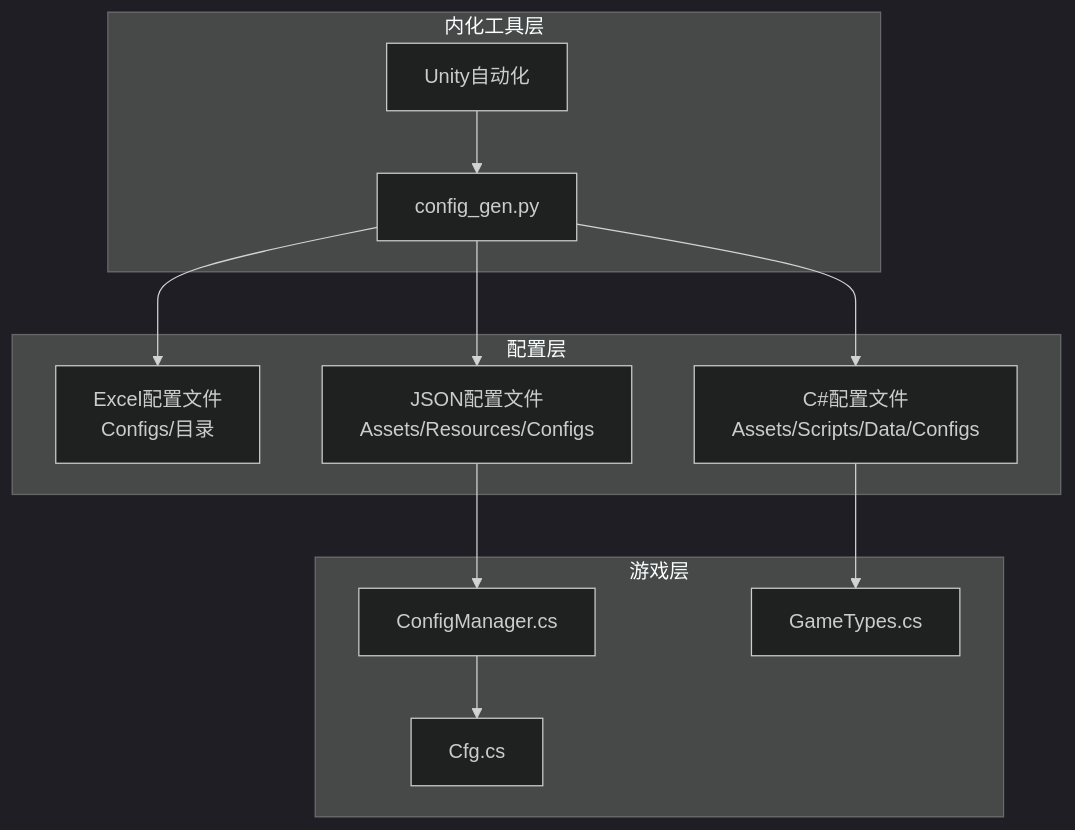
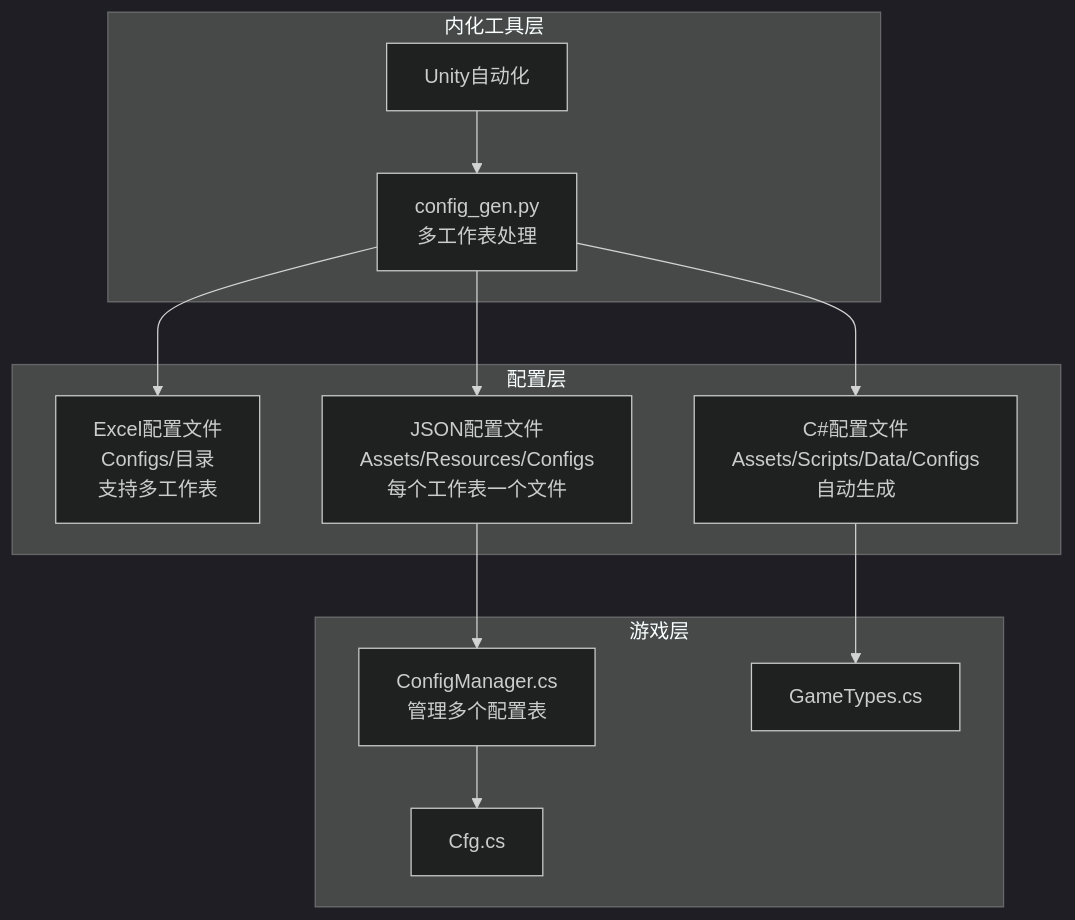
One commit to Tuusen/p1_client changed diagram 11 of 11 in .qoder/repowiki/zh/content/核心架构/数据生成工具.md. Above: the diagram before and after it, drawn with Mermaid (dark theme). The commit also changed other lines of this file and 40 other files, not shown here.

````diff
--- a/.qoder/repowiki/zh/content/核心架构/数据生成工具.md
+++ b/.qoder/repowiki/zh/content/核心架构/数据生成工具.md
@@ -387,24 +476,24 @@
 ```mermaid
 graph TD
 subgraph "内化工具层"
-CONFIG_GEN[config_gen.py]
+CONFIG_GEN[config_gen.py<br/>多工作表处理]
 AUTOMATION[Unity自动化]
 end
 subgraph "配置层"
-EXCEL_FILES[Excel配置文件<br/>Configs/目录]
-JSON_FILES[JSON配置文件<br/>Assets/Resources/Configs]
-CS_FILES[C#配置文件<br/>Assets/Scripts/Data/Configs]
+EXCEL_FILES[Excel配置文件<br/>Configs/目录<br/>支持多工作表]
+JSON_FILES[JSON配置文件<br/>Assets/Resources/Configs<br/>每个工作表一个文件]
+CS_FILES[C#配置文件<br/>Assets/Scripts/Data/Configs<br/>自动生成]
 end
 subgraph "游戏层"
-CONFIG_MANAGER[ConfigManager.cs]
+CONFIG_MANAGER[ConfigManager.cs<br/>管理多个配置表]
 CFG_ACCESSOR[Cfg.cs]
 GAME_TYPES[GameTypes.cs]
 end
 CONFIG_GEN --> EXCEL_FILES
 CONFIG_GEN --> JSON_FILES
 CONFIG_GEN --> CS_FILES
 JSON_FILES --> CONFIG_MANAGER
 CS_FILES --> GAME_TYPES
 CONFIG_MANAGER --> CFG_ACCESSOR
 AUTOMATION --> CONFIG_GEN
 ```
````
